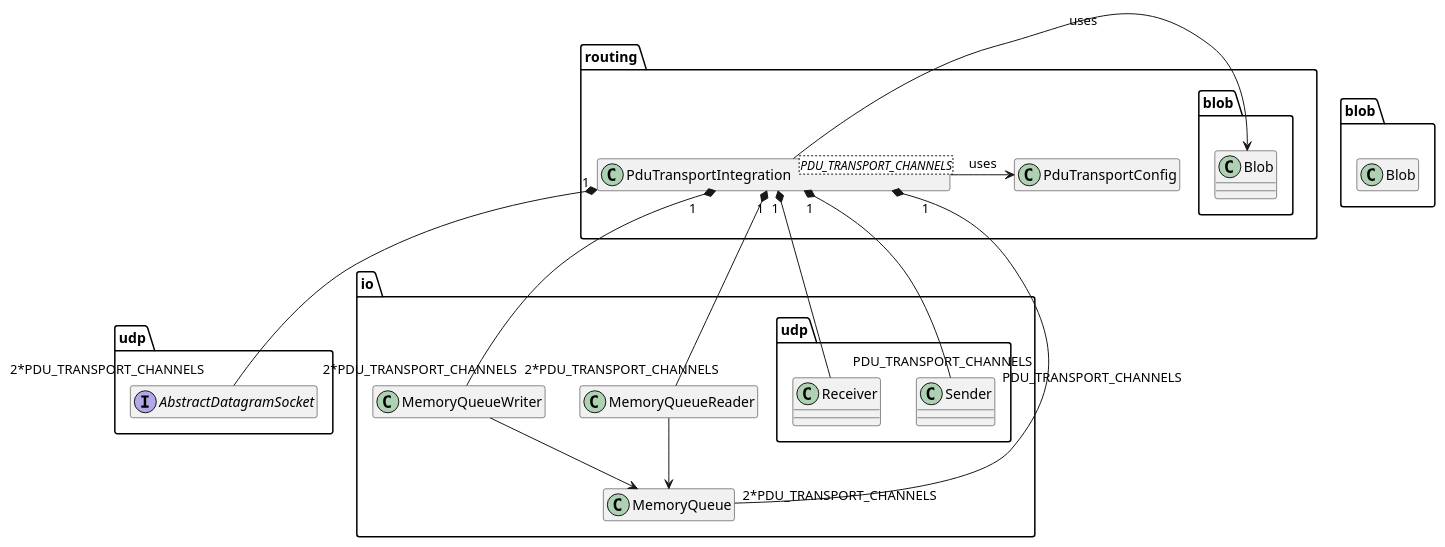
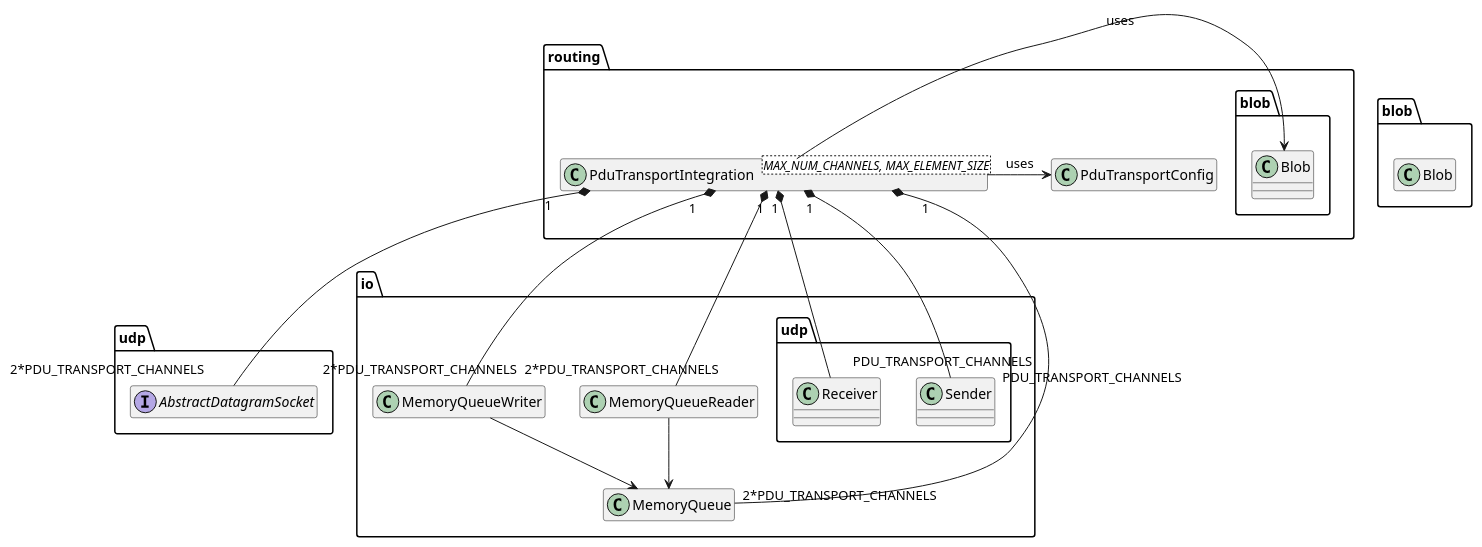
One commit to esrlabs/openbsw changed the second of 3 diagrams in libs/bsw/routing/doc/integration.rst. Above: the diagram before and after it, drawn with PlantUML. The commit also changed other lines of this file and 10 other files, not shown here.

```diff
--- a/libs/bsw/routing/doc/integration.rst
+++ b/libs/bsw/routing/doc/integration.rst
@@ -83,39 +94,39 @@
 .. uml::
    :align: center
 
     namespace udp {
        interface AbstractDatagramSocket {}
        hide members
    }
    namespace io {
        class MemoryQueueWriter {}
        class MemoryQueueReader {}
 
        MemoryQueueWriter --> MemoryQueue
        MemoryQueueReader --> MemoryQueue
 
        namespace udp {
            class Receiver{}
            class Sender{}
        }
        hide members
    }
    namespace routing {
-        class PduTransportIntegration<PDU_TRANSPORT_CHANNELS> {}
+       class PduTransportIntegration<MAX_NUM_CHANNELS, MAX_ELEMENT_SIZE> {}
 
         PduTransportIntegration -r-> blob.Blob : "uses"
         PduTransportIntegration -r-> PduTransportConfig : "uses"
 
         PduTransportIntegration "1" *-- "2*PDU_TRANSPORT_CHANNELS" io.MemoryQueue
         PduTransportIntegration "1" *-- "2*PDU_TRANSPORT_CHANNELS" io.MemoryQueueReader
         PduTransportIntegration "1" *-- "2*PDU_TRANSPORT_CHANNELS" io.MemoryQueueWriter
         PduTransportIntegration "1" *-- "PDU_TRANSPORT_CHANNELS" io.udp.Receiver
         PduTransportIntegration "1" *-- "PDU_TRANSPORT_CHANNELS" io.udp.Sender
         PduTransportIntegration "1" *-- "2*PDU_TRANSPORT_CHANNELS" udp.AbstractDatagramSocket
 
         hide members
    }
    namespace blob{
         class Blob
         hide members
    }
```
